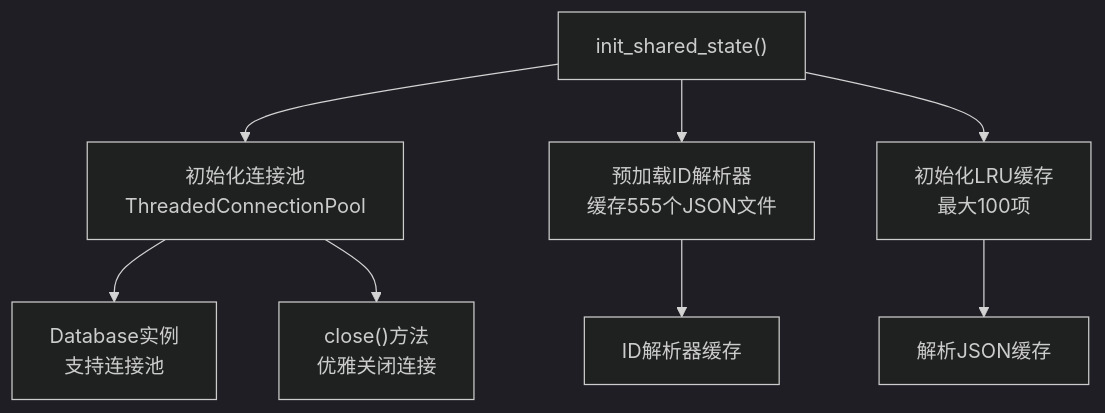
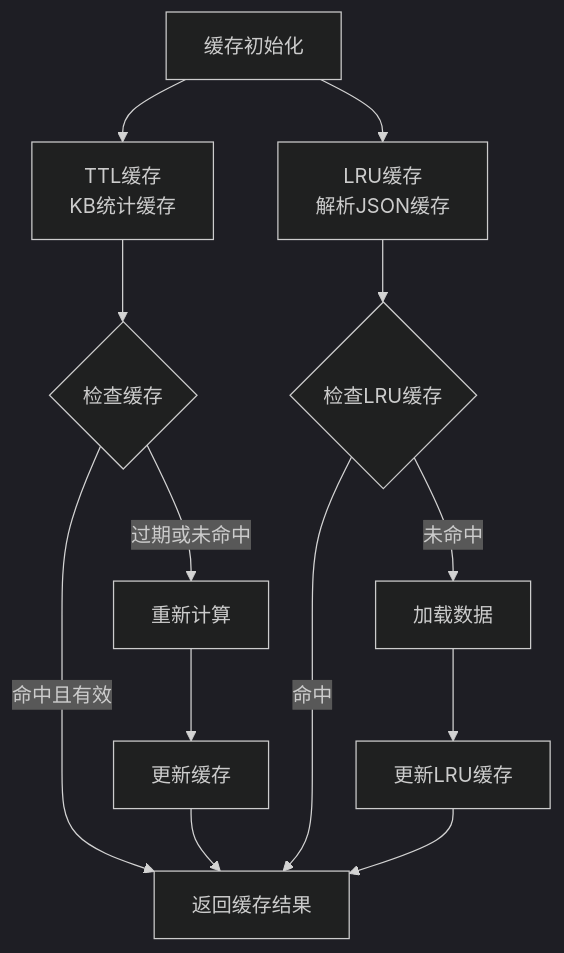
One commit to 1173591564/academic-based-qoder changed the fourth of 8 diagrams in .qoder/repowiki/zh/content/MCP服务系统/MCP服务器架构.md. Above: the diagram before and after it, drawn with Mermaid (dark theme). The commit also changed other lines of this file and 110 other files, not shown here.

````diff
--- a/.qoder/repowiki/zh/content/MCP服务系统/MCP服务器架构.md
+++ b/.qoder/repowiki/zh/content/MCP服务系统/MCP服务器架构.md
@@ -366,10 +225,15 @@
 ```mermaid
 flowchart TD
-Init["init_shared_state()"] --> Pool["初始化连接池<br/>ThreadedConnectionPool"]
-Init --> Resolver["预加载ID解析器<br/>缓存555个JSON文件"]
-Init --> Cache["初始化LRU缓存<br/>最大100项"]
-Pool --> DB["Database实例<br/>支持连接池"]
-Resolver --> ID["ID解析器缓存"]
-Cache --> Parsed["解析JSON缓存"]
-Pool --> Close["close()方法<br/>优雅关闭连接"]
+CacheInit["缓存初始化"] --> TTL["TTL缓存<br/>KB统计缓存"]
+CacheInit --> LRU["LRU缓存<br/>解析JSON缓存"]
+TTL --> CacheCheck{"检查缓存"}
+CacheCheck --> |命中且有效| Return["返回缓存结果"]
+CacheCheck --> |过期或未命中| Recompute["重新计算"]
+Recompute --> UpdateCache["更新缓存"]
+UpdateCache --> Return
+LRU --> AccessCheck{"检查LRU缓存"}
+AccessCheck --> |命中| Return
+AccessCheck --> |未命中| LoadData["加载数据"]
+LoadData --> UpdateLRU["更新LRU缓存"]
+UpdateLRU --> Return
 ```
````
